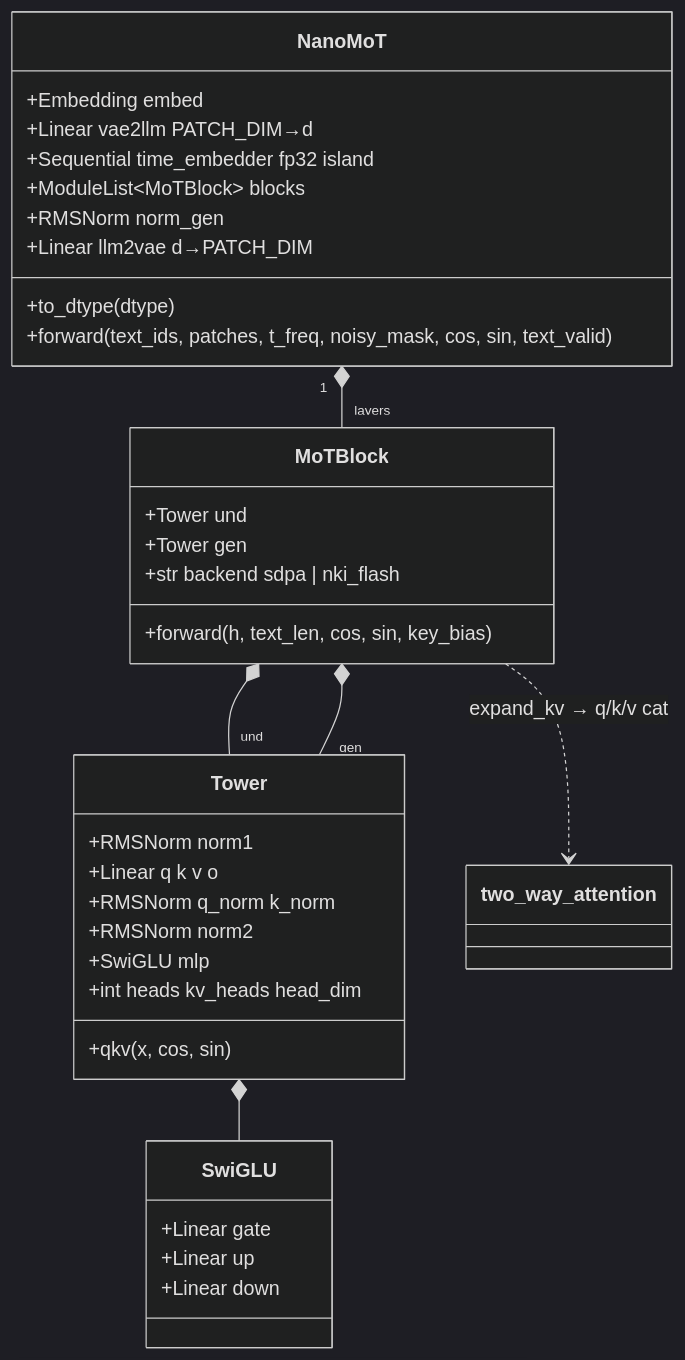
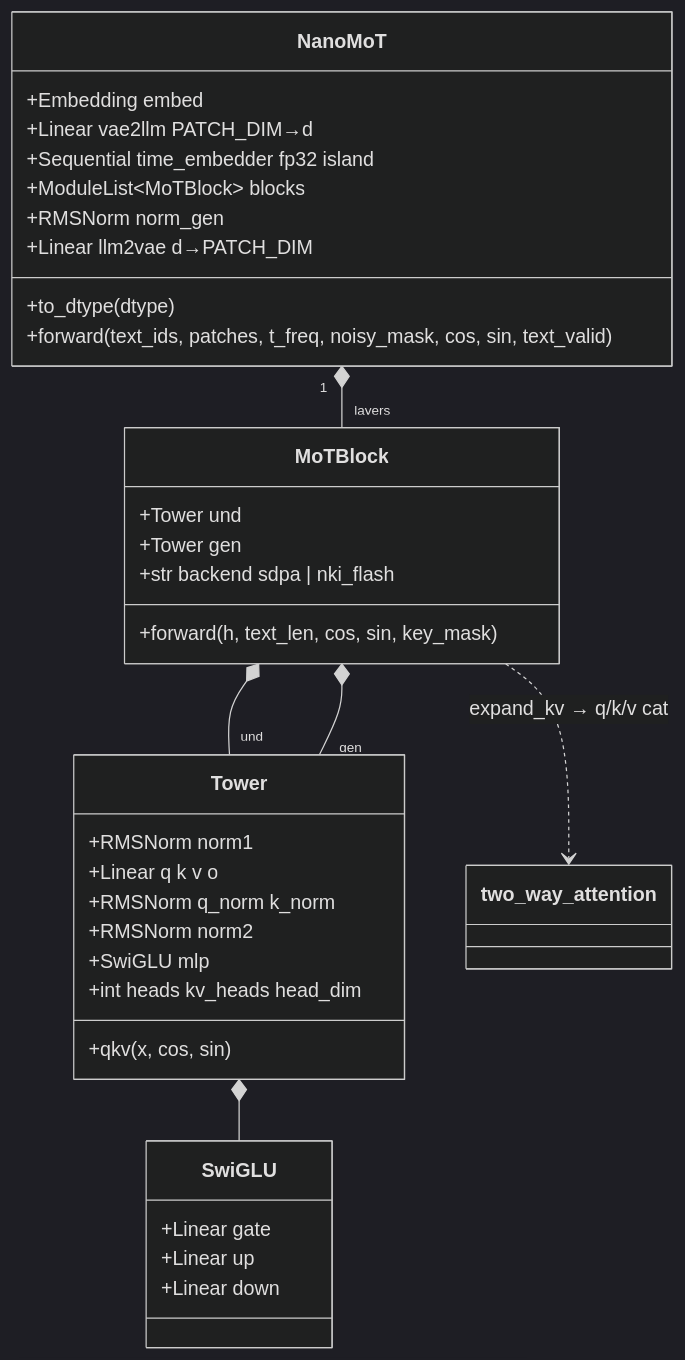
One commit to hokindeng/object-permanence changed the eighth of 13 diagrams in pwm/README.md. Above: the diagram before and after it, drawn with Mermaid (dark theme). The commit also changed other lines of this file and 4 other files, not shown here.

First line of the commit message:
pwm: captions shorter than text_len are padded, not refused

````diff
--- a/pwm/README.md
+++ b/pwm/README.md
@@ -397,38 +398,38 @@
 ```mermaid
 classDiagram
   class NanoMoT {
     +Embedding embed
     +Linear vae2llm  PATCH_DIM→d
     +Sequential time_embedder  fp32 island
     +ModuleList~MoTBlock~ blocks
     +RMSNorm norm_gen
     +Linear llm2vae  d→PATCH_DIM
     +to_dtype(dtype)
     +forward(text_ids, patches, t_freq, noisy_mask, cos, sin, text_valid)
   }
   class MoTBlock {
     +Tower und
     +Tower gen
     +str backend  sdpa | nki_flash
-    +forward(h, text_len, cos, sin, key_bias)
+    +forward(h, text_len, cos, sin, key_mask)
   }
   class Tower {
     +RMSNorm norm1
     +Linear q k v o
     +RMSNorm q_norm k_norm
     +RMSNorm norm2
     +SwiGLU mlp
     +int heads kv_heads head_dim
     +qkv(x, cos, sin)
   }
   class SwiGLU {
     +Linear gate
     +Linear up
     +Linear down
   }
   NanoMoT "1" *-- "layers" MoTBlock
   MoTBlock *-- "und" Tower
   MoTBlock *-- "gen" Tower
   Tower *-- SwiGLU
   MoTBlock ..> two_way_attention : expand_kv → q/k/v cat
 ```
````
